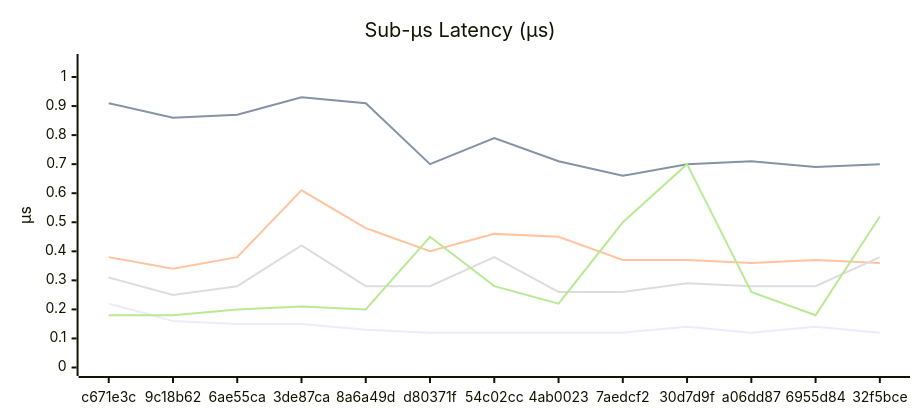
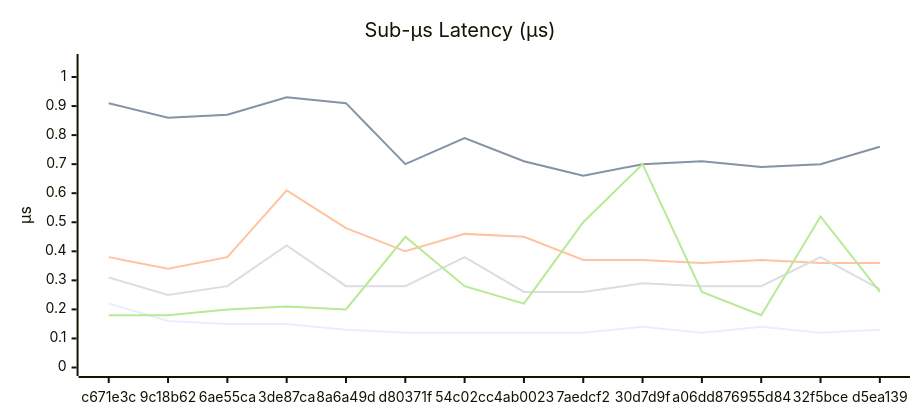
The second of 6 diagrams in docs/BENCHMARKS.md (Ikolvi/titan), drawn with Mermaid before and after one commit. The commit also changed other lines of this file, not shown here.

````diff
--- a/docs/BENCHMARKS.md
+++ b/docs/BENCHMARKS.md
@@ -87,18 +88,18 @@
 ```mermaid
 ---
 config:
     xyChart:
         width: 900
         height: 400
         plotColorPalette: "#4e79a7, #f28e2c, #e15759, #76b7b2, #59a14f, #edc949"
 ---
 xychart-beta
     title "Sub-µs Latency (µs)"
-    x-axis ["c671e3c", "9c18b62", "6ae55ca", "3de87ca", "8a6a49d", "d80371f", "54c02cc", "4ab0023", "7aedcf2", "30d7d9f", "a06dd87", "6955d84", "32f5bce"]
+    x-axis ["c671e3c", "9c18b62", "6ae55ca", "3de87ca", "8a6a49d", "d80371f", "54c02cc", "4ab0023", "7aedcf2", "30d7d9f", "a06dd87", "6955d84", "32f5bce", "d5ea139"]
     y-axis "µs" 0.00 --> 1.05
-    line [0.22, 0.16, 0.15, 0.15, 0.13, 0.12, 0.12, 0.12, 0.12, 0.14, 0.12, 0.14, 0.12]
-    line [0.91, 0.86, 0.87, 0.93, 0.91, 0.70, 0.79, 0.71, 0.66, 0.70, 0.71, 0.69, 0.70]
-    line [0.38, 0.34, 0.38, 0.61, 0.48, 0.40, 0.46, 0.45, 0.37, 0.37, 0.36, 0.37, 0.36]
-    line [0.31, 0.25, 0.28, 0.42, 0.28, 0.28, 0.38, 0.26, 0.26, 0.29, 0.28, 0.28, 0.38]
-    line [0.18, 0.18, 0.20, 0.21, 0.20, 0.45, 0.28, 0.22, 0.50, 0.70, 0.26, 0.18, 0.52]
+    line [0.22, 0.16, 0.15, 0.15, 0.13, 0.12, 0.12, 0.12, 0.12, 0.14, 0.12, 0.14, 0.12, 0.13]
+    line [0.91, 0.86, 0.87, 0.93, 0.91, 0.70, 0.79, 0.71, 0.66, 0.70, 0.71, 0.69, 0.70, 0.76]
+    line [0.38, 0.34, 0.38, 0.61, 0.48, 0.40, 0.46, 0.45, 0.37, 0.37, 0.36, 0.37, 0.36, 0.36]
+    line [0.31, 0.25, 0.28, 0.42, 0.28, 0.28, 0.38, 0.26, 0.26, 0.29, 0.28, 0.28, 0.38, 0.27]
+    line [0.18, 0.18, 0.20, 0.21, 0.20, 0.45, 0.28, 0.22, 0.50, 0.70, 0.26, 0.18, 0.52, 0.26]
 ```
````
